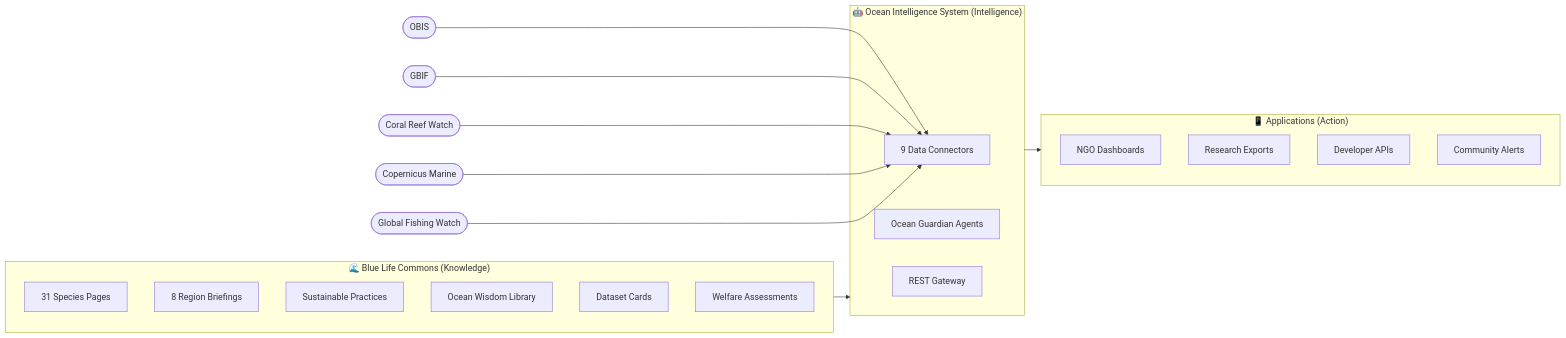
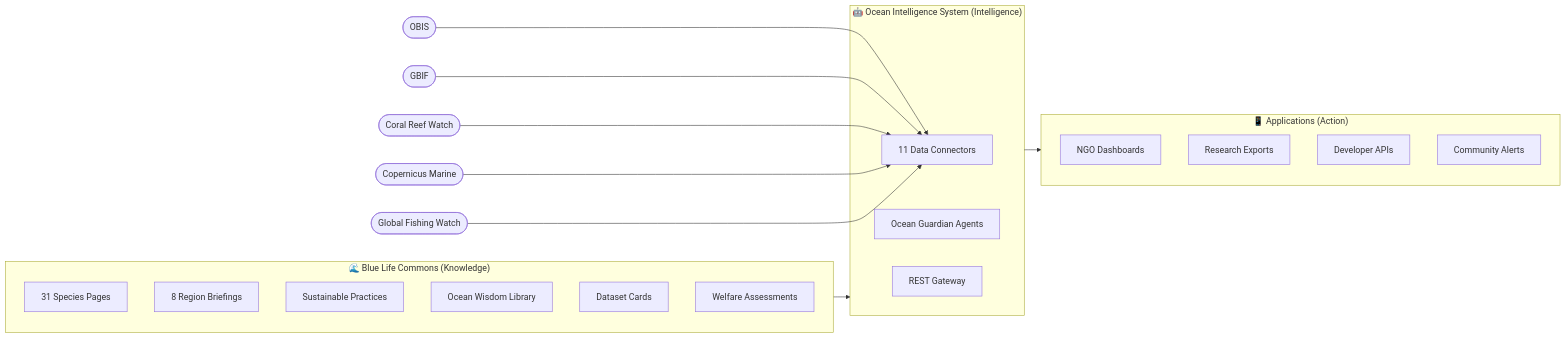
Before and after one commit to frankxai/blue-life-commons: the diagram in README.md, drawn with Mermaid. The commit also changed other lines of this file and 4 other files, not shown here.

````diff
--- a/README.md
+++ b/README.md
@@ -23,33 +23,33 @@
 ```mermaid
 graph LR
     subgraph BLC["🌊 Blue Life Commons (Knowledge)"]
         SP[31 Species Pages]
         RB[8 Region Briefings]
         PG[Sustainable Practices]
         WL[Ocean Wisdom Library]
         DC[Dataset Cards]
         WA[Welfare Assessments]
     end
 
     subgraph OIS["🤖 Ocean Intelligence System (Intelligence)"]
-        CN[9 Data Connectors]
+        CN[11 Data Connectors]
         GA[Ocean Guardian Agents]
         GW[REST Gateway]
     end
 
     subgraph APP["📱 Applications (Action)"]
         NGO[NGO Dashboards]
         RES[Research Exports]
         DEV[Developer APIs]
         COM[Community Alerts]
     end
 
     BLC --> OIS
     OIS --> APP
 
     OBIS([OBIS]) --> CN
     GBIF([GBIF]) --> CN
     CRW([Coral Reef Watch]) --> CN
     CMEMS([Copernicus Marine]) --> CN
     GFW([Global Fishing Watch]) --> CN
 ```
````
